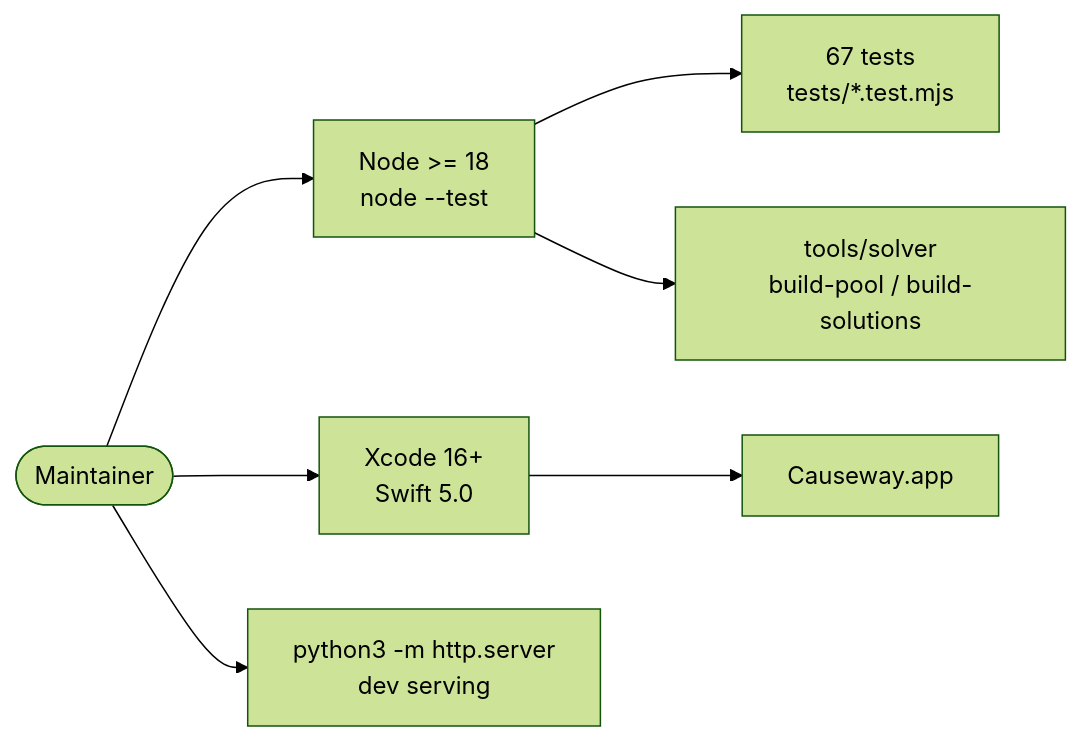
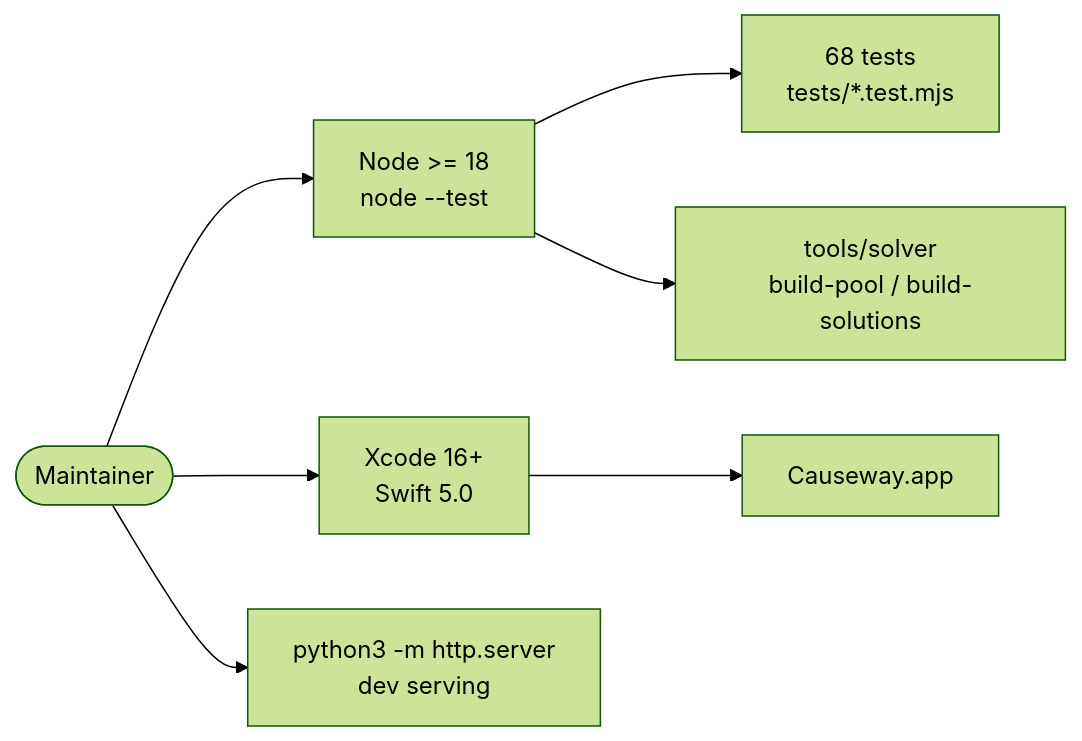
Before and after one commit to peterlit/cardgame: the second of 6 diagrams in docs/architecture/overview.md, drawn with Mermaid (forest theme). The commit also changed other lines of this file and 15 other files, not shown here.

````diff
--- a/docs/architecture/overview.md
+++ b/docs/architecture/overview.md
@@ -82,14 +82,14 @@
 ```mermaid
 flowchart LR
     Dev(["Maintainer"])
     Node["Node >= 18<br/>node --test"]
     Xcode["Xcode 16+<br/>Swift 5.0"]
     Py["python3 -m http.server<br/>dev serving"]
 
     Dev --> Node
     Dev --> Xcode
     Dev --> Py
-    Node --> Tests["67 tests<br/>tests/*.test.mjs"]
+    Node --> Tests["68 tests<br/>tests/*.test.mjs"]
     Node --> Solver["tools/solver<br/>build-pool / build-solutions"]
     Xcode --> IPA["Causeway.app"]
 ```
````
